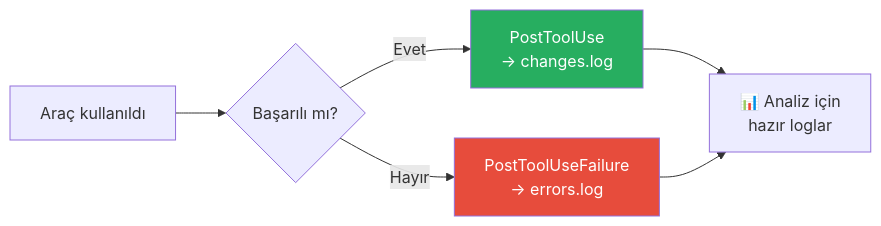
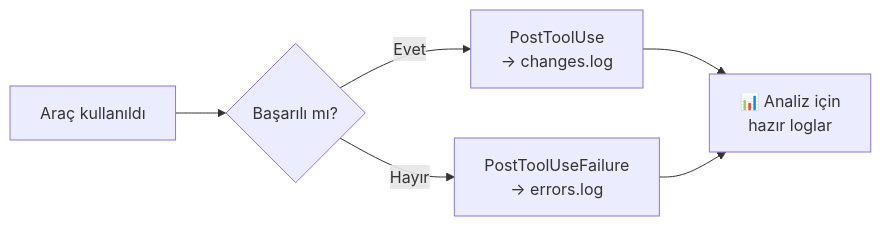
Before and after one commit to IzzetYasinAtes/ClaudeCodeHandbook: the sixth of 9 diagrams in 14-hooks-ve-otomasyon/05-hook-ornekleri-ve-tarifler.md, drawn with Mermaid. The commit also changed other lines of this file and 97 other files, not shown here.

Commit message:
Remove all custom Mermaid style/fill colors from 98 markdown files for consistent dark theme rendering

````diff
--- a/14-hooks-ve-otomasyon/05-hook-ornekleri-ve-tarifler.md
+++ b/14-hooks-ve-otomasyon/05-hook-ornekleri-ve-tarifler.md
@@ -374,11 +357,9 @@
 ```mermaid
 flowchart LR
     A["Araç kullanıldı"] --> B{"Başarılı mı?"}
     B -->|Evet| C["PostToolUse<br/>→ changes.log"]
     B -->|Hayır| D["PostToolUseFailure<br/>→ errors.log"]
     C --> E["📊 Analiz için<br/>hazır loglar"]
     D --> E
 
-    style C fill:#27AE60,color:#fff
-    style D fill:#E74C3C,color:#fff
 ```
````
